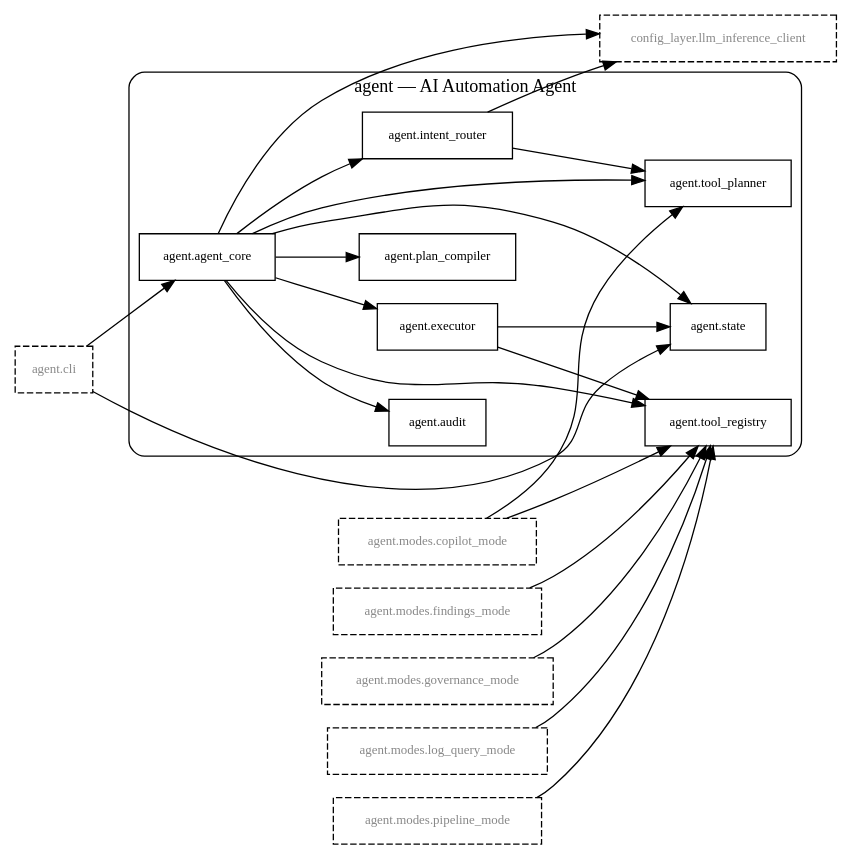
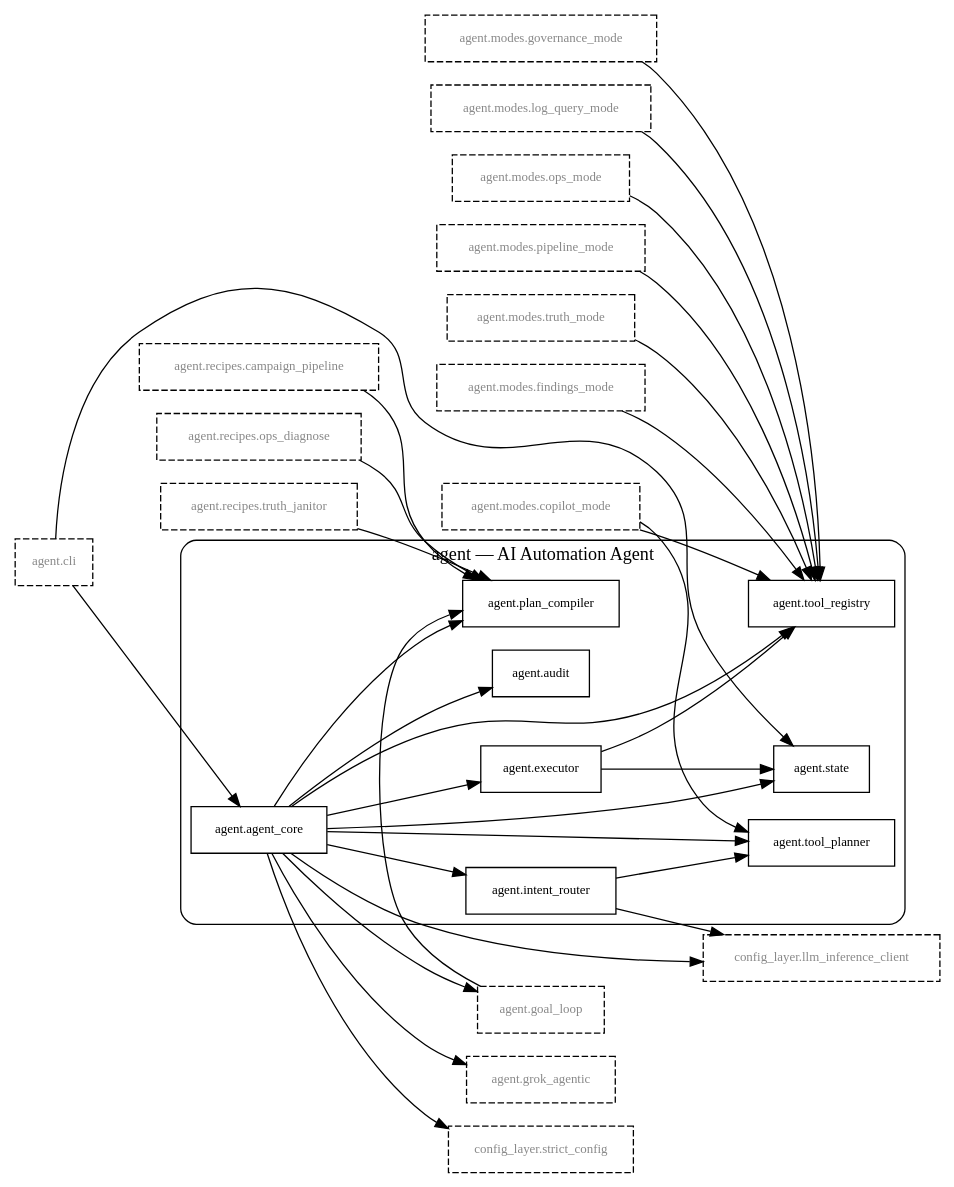
The diagram in flow_graphs/agent.dot (Chaithu1995-0312/TradeHlt), drawn with Graphviz before and after one commit. The commit also changed 9 other files, not shown here.

First line of the commit message:
Regenerate flow graphs and CLI matrix; resync drifted code citations in docs [nolog]

```diff
--- a/flow_graphs/agent.dot
+++ b/flow_graphs/agent.dot
@@ -1,49 +1,66 @@
 digraph flow_agent {
     rankdir=LR;
     node [shape=box, fontsize=10];
 
     subgraph "cluster_agent" {
         label="agent — AI Automation Agent"; style="rounded";
         "agent.agent_core";
         "agent.audit";
         "agent.executor";
         "agent.intent_router";
         "agent.plan_compiler";
         "agent.state";
         "agent.tool_planner";
         "agent.tool_registry";
     }
 
     // 1-hop dependency boundary (not flow members)
     "agent.cli" [style="dashed", fontcolor="#888888"];
+    "agent.goal_loop" [style="dashed", fontcolor="#888888"];
+    "agent.grok_agentic" [style="dashed", fontcolor="#888888"];
     "agent.modes.copilot_mode" [style="dashed", fontcolor="#888888"];
     "agent.modes.findings_mode" [style="dashed", fontcolor="#888888"];
     "agent.modes.governance_mode" [style="dashed", fontcolor="#888888"];
     "agent.modes.log_query_mode" [style="dashed", fontcolor="#888888"];
+    "agent.modes.ops_mode" [style="dashed", fontcolor="#888888"];
     "agent.modes.pipeline_mode" [style="dashed", fontcolor="#888888"];
+    "agent.modes.truth_mode" [style="dashed", fontcolor="#888888"];
+    "agent.recipes.campaign_pipeline" [style="dashed", fontcolor="#888888"];
+    "agent.recipes.ops_diagnose" [style="dashed", fontcolor="#888888"];
+    "agent.recipes.truth_janitor" [style="dashed", fontcolor="#888888"];
     "config_layer.llm_inference_client" [style="dashed", fontcolor="#888888"];
+    "config_layer.strict_config" [style="dashed", fontcolor="#888888"];
 
     // member -> member (intra-flow dependencies)
     "agent.agent_core" -> "agent.audit";
     "agent.agent_core" -> "agent.executor";
     "agent.agent_core" -> "agent.intent_router";
     "agent.agent_core" -> "agent.plan_compiler";
     "agent.agent_core" -> "agent.state";
     "agent.agent_core" -> "agent.tool_planner";
     "agent.agent_core" -> "agent.tool_registry";
     "agent.executor" -> "agent.state";
     "agent.executor" -> "agent.tool_registry";
     "agent.intent_router" -> "agent.tool_planner";
 
     // boundary dependencies (one endpoint outside the flow)
+    "agent.agent_core" -> "agent.goal_loop";
+    "agent.agent_core" -> "agent.grok_agentic";
     "agent.agent_core" -> "config_layer.llm_inference_client";
+    "agent.agent_core" -> "config_layer.strict_config";
     "agent.cli" -> "agent.agent_core";
     "agent.cli" -> "agent.state";
+    "agent.goal_loop" -> "agent.plan_compiler";
     "agent.intent_router" -> "config_layer.llm_inference_client";
     "agent.modes.copilot_mode" -> "agent.tool_planner";
     "agent.modes.copilot_mode" -> "agent.tool_registry";
     "agent.modes.findings_mode" -> "agent.tool_registry";
     "agent.modes.governance_mode" -> "agent.tool_registry";
     "agent.modes.log_query_mode" -> "agent.tool_registry";
+    "agent.modes.ops_mode" -> "agent.tool_registry";
     "agent.modes.pipeline_mode" -> "agent.tool_registry";
+    "agent.modes.truth_mode" -> "agent.tool_registry";
+    "agent.recipes.campaign_pipeline" -> "agent.plan_compiler";
+    "agent.recipes.ops_diagnose" -> "agent.plan_compiler";
+    "agent.recipes.truth_janitor" -> "agent.plan_compiler";
 }
```
